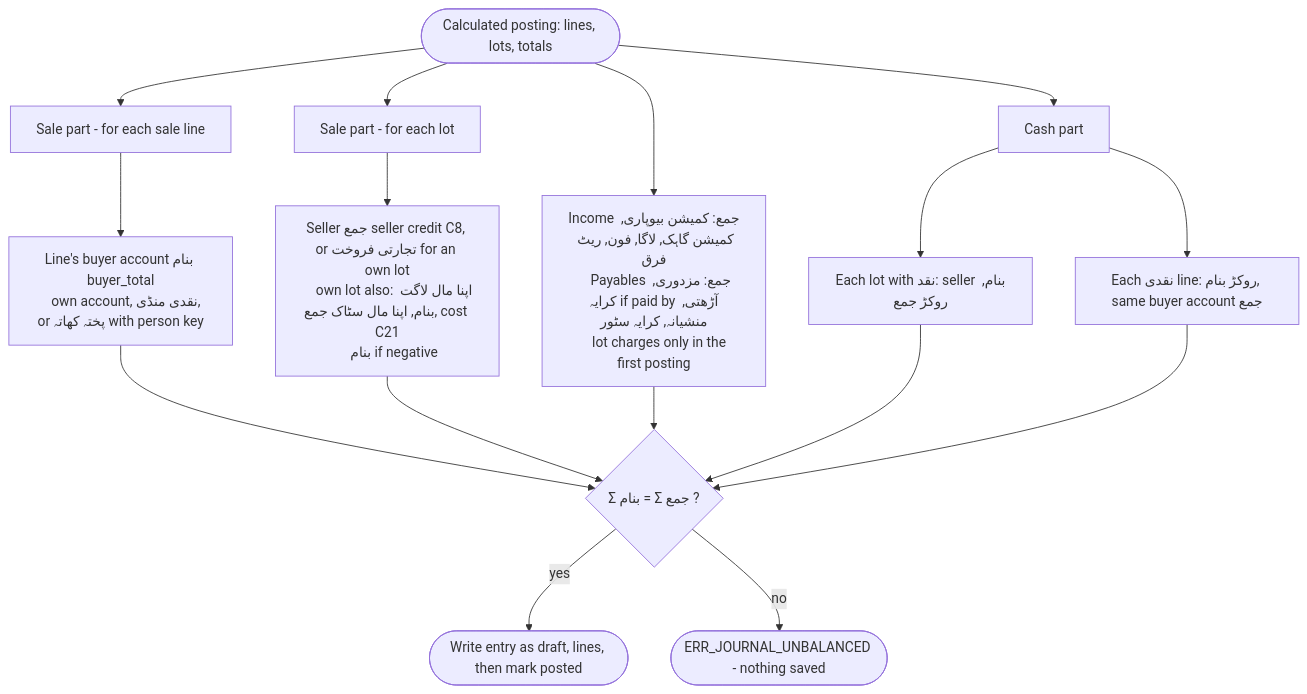
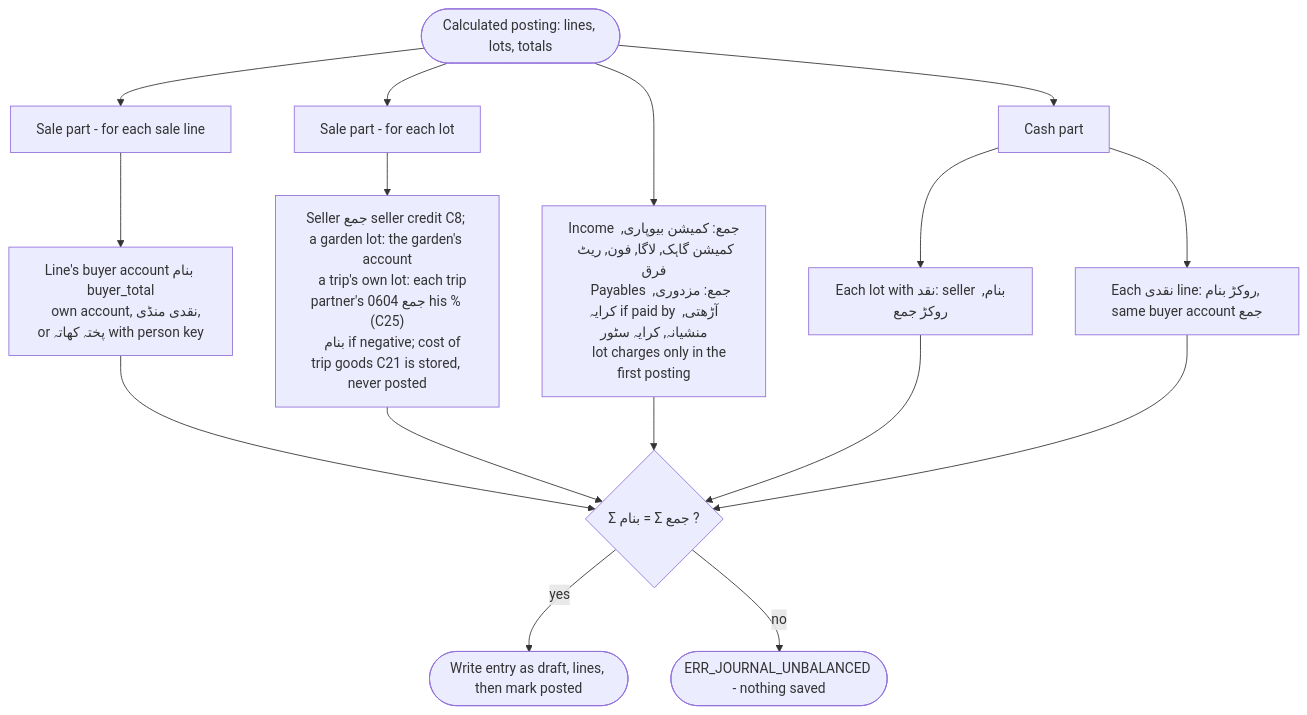
Before and after one commit to FaisalHanif12/Fruits-Mandi-Software: the tenth of 26 diagrams in .claude/rules/Architecture_v1.md, drawn with Mermaid. The commit also changed other lines of this file and 17 other files, not shown here.

````diff
--- a/.claude/rules/Architecture_v1.md
+++ b/.claude/rules/Architecture_v1.md
@@ -387,19 +401,19 @@
 ```mermaid
 flowchart TD
     IN(["Calculated posting: lines, lots, totals"]) --> L1["Sale part - for each sale line"]
     L1 --> DRB["Line's buyer account بنام buyer_total
     own account, نقدی منڈی, or پختہ کھاتہ with person key"]
     IN --> L2["Sale part - for each lot"]
-    L2 --> CRS["Seller جمع seller credit C8, or تجارتی فروخت for an own lot
-    own lot also: اپنا مال لاگت بنام, اپنا مال سٹاک جمع, cost C21
-    بنام if negative"]
+    L2 --> CRS["Seller جمع seller credit C8; a garden lot: the garden's account
+    a trip's own lot: each trip partner's 0604 جمع his % (C25)
+    بنام if negative; cost of trip goods C21 is stored, never posted"]
     IN --> INC["Income جمع: کمیشن بیوپاری, کمیشن گاہک, لاگا, فون, ریٹ فرق
     Payables جمع: مزدوری, کرایہ if paid by آڑھتی, منشیانہ, کرایہ سٹور
     lot charges only in the first posting"]
     IN --> L3["Cash part"]
     L3 --> CSH["Each lot with نقد: seller بنام, روکڑ جمع"]
     L3 --> CSB["Each نقدی line: روکڑ بنام, same buyer account جمع"]
     DRB & CRS & INC & CSH & CSB --> CHK{"Σ بنام = Σ جمع ?"}
     CHK -- yes --> OK(["Write entry as draft, lines, then mark posted"])
     CHK -- no --> ERR(["ERR_JOURNAL_UNBALANCED - nothing saved"])
 ```
````
